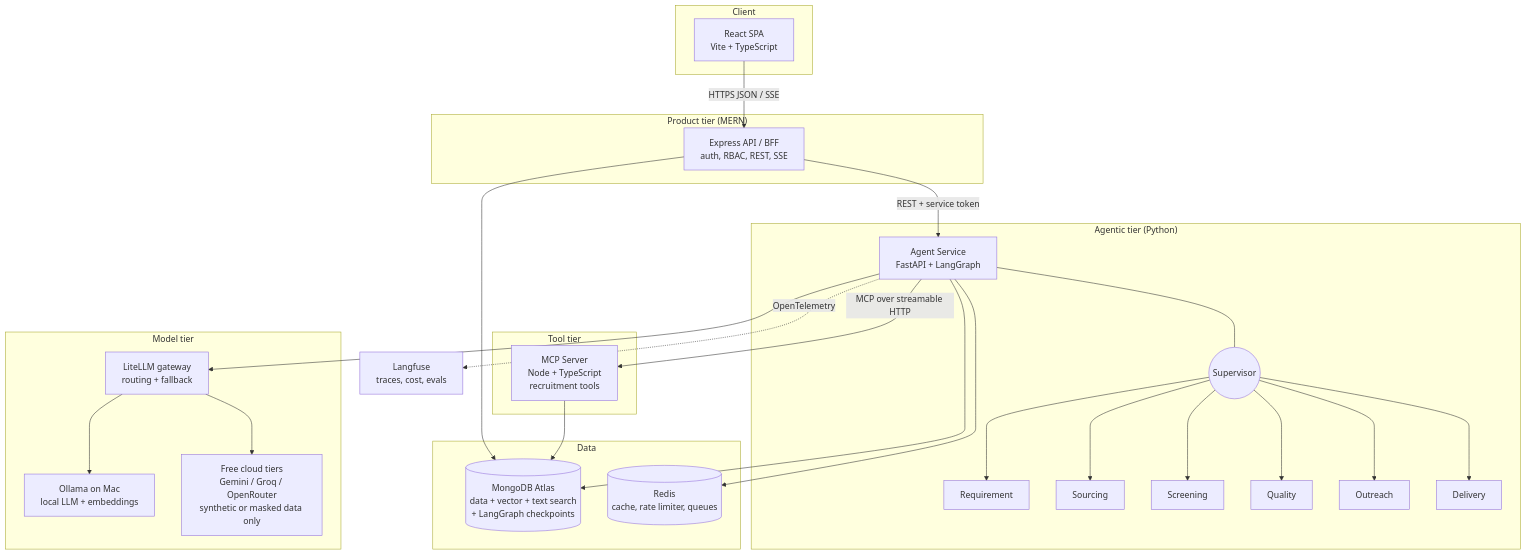
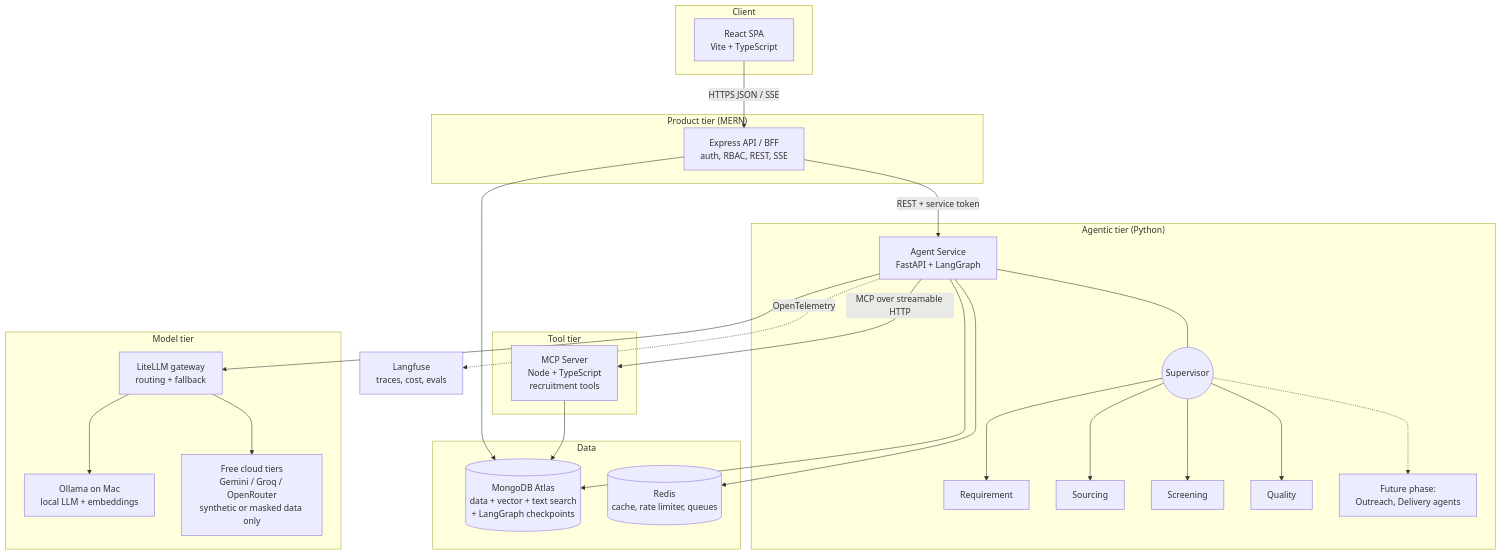
The first of 2 diagrams in docs/03-architecture/HLD.md (a54000/talentscout-agentic-hr), drawn with Mermaid before and after one commit. The commit also changed other lines of this file and 19 other files, not shown here.

````diff
--- a/docs/03-architecture/HLD.md
+++ b/docs/03-architecture/HLD.md
@@ -7,52 +7,52 @@
 ```mermaid
 flowchart TB
   subgraph Client
     WEB[React SPA<br/>Vite + TypeScript]
   end
 
   subgraph Product["Product tier (MERN)"]
     API[Express API / BFF<br/>auth, RBAC, REST, SSE]
   end
 
   subgraph Agentic["Agentic tier (Python)"]
     AGS[Agent Service<br/>FastAPI + LangGraph]
     SUP((Supervisor))
     REQ[Requirement]
     SRC[Sourcing]
     SCR[Screening]
     QA[Quality]
-    OUT[Outreach]
-    DLV[Delivery]
+    FUT[Future phase:<br/>Outreach, Delivery agents]
     AGS --- SUP
-    SUP --> REQ & SRC & SCR & QA & OUT & DLV
+    SUP --> REQ & SRC & SCR & QA
+    SUP -.-> FUT
   end
 
   subgraph Tools["Tool tier"]
     MCP[MCP Server<br/>Node + TypeScript<br/>recruitment tools]
   end
 
   subgraph Models["Model tier"]
     GW[LiteLLM gateway<br/>routing + fallback]
     OLL[Ollama on Mac<br/>local LLM + embeddings]
     FREE[Free cloud tiers<br/>Gemini / Groq / OpenRouter<br/>synthetic or masked data only]
     GW --> OLL
     GW --> FREE
   end
 
   subgraph Data
     MDB[(MongoDB Atlas<br/>data + vector + text search<br/>+ LangGraph checkpoints)]
     RDS[(Redis<br/>cache, rate limiter, queues)]
   end
 
   OBS[Langfuse<br/>traces, cost, evals]
 
   WEB -->|HTTPS JSON / SSE| API
   API -->|REST + service token| AGS
   API --> MDB
   AGS -->|MCP over streamable HTTP| MCP
   MCP --> MDB
   AGS --> GW
   AGS --> MDB
   AGS --> RDS
   AGS -.->|OpenTelemetry| OBS
 ```
````
